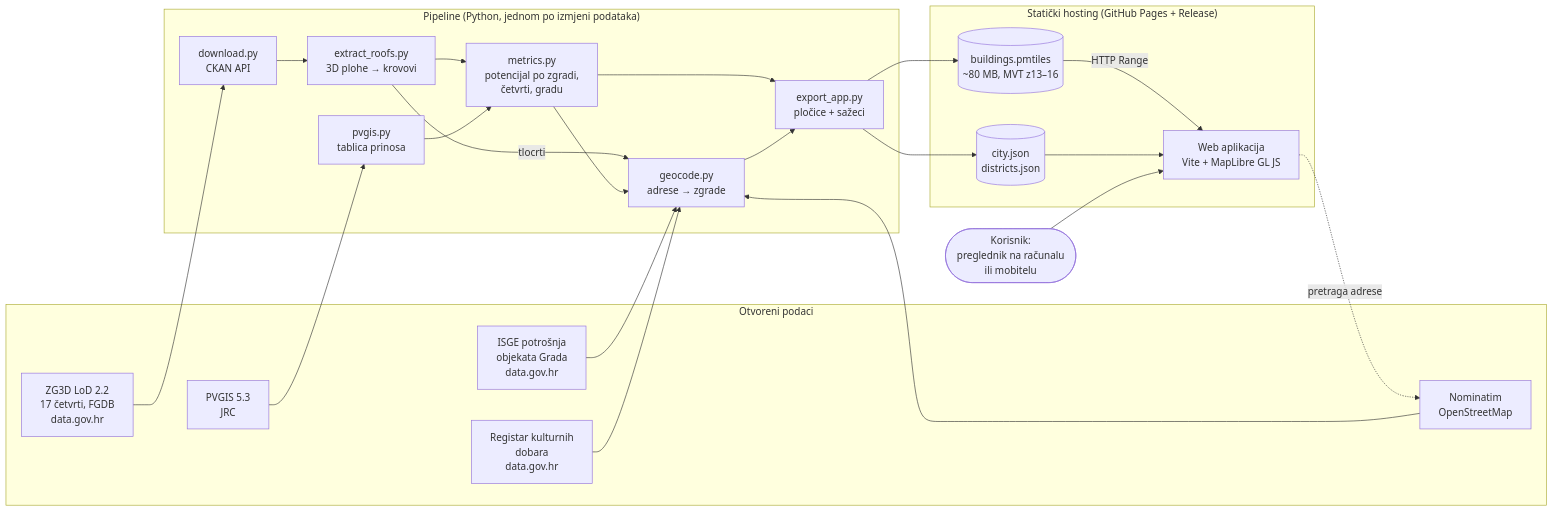
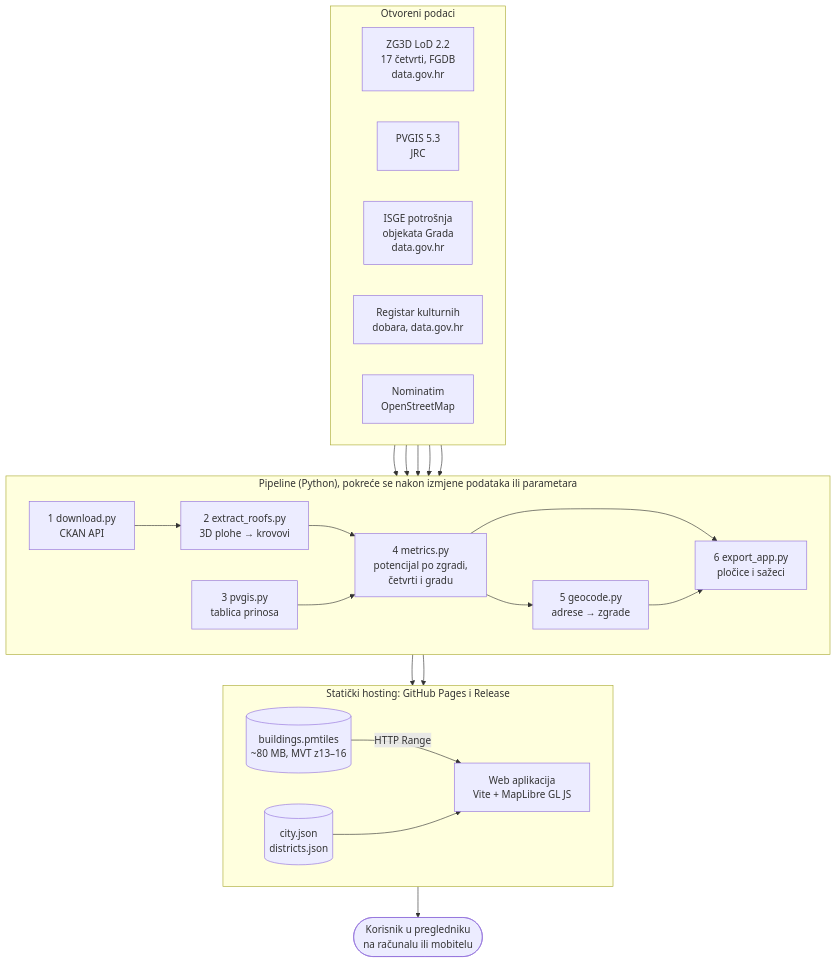
One commit to korejur/DataOasis changed the first of 2 diagrams in docs/ARHITEKTURA.md. Above: the diagram before and after it, drawn with Mermaid. The commit also changed other lines of this file, not shown here.

Commit message:
Dijagram arhitekture odozgo prema dolje, bez križanja
Claude-Session: https://claude.ai/code/session_01FNBCe4sbgxB48D73HCMPfh

````diff
--- a/docs/ARHITEKTURA.md
+++ b/docs/ARHITEKTURA.md
@@ -13,41 +13,39 @@
 ```mermaid
-flowchart LR
+flowchart TB
   subgraph izvori["Otvoreni podaci"]
+    direction LR
     ZG3D["ZG3D LoD 2.2<br/>17 četvrti, FGDB<br/>data.gov.hr"]
     PVGIS["PVGIS 5.3<br/>JRC"]
     ISGE["ISGE potrošnja<br/>objekata Grada<br/>data.gov.hr"]
-    KD["Registar kulturnih<br/>dobara<br/>data.gov.hr"]
+    KD["Registar kulturnih<br/>dobara, data.gov.hr"]
     OSM["Nominatim<br/>OpenStreetMap"]
   end
 
-  subgraph pipeline["Pipeline (Python, jednom po izmjeni podataka)"]
-    D["download.py<br/>CKAN API"]
-    E["extract_roofs.py<br/>3D plohe → krovovi"]
-    P["pvgis.py<br/>tablica prinosa"]
-    M["metrics.py<br/>potencijal po zgradi,<br/>četvrti, gradu"]
-    G["geocode.py<br/>adrese → zgrade"]
-    X["export_app.py<br/>pločice + sažeci"]
+  subgraph pipeline["Pipeline (Python), pokreće se nakon izmjene podataka ili parametara"]
+    direction LR
+    D["1 download.py<br/>CKAN API"] --> E["2 extract_roofs.py<br/>3D plohe → krovovi"]
+    E --> M["4 metrics.py<br/>potencijal po zgradi,<br/>četvrti i gradu"]
+    P["3 pvgis.py<br/>tablica prinosa"] --> M
+    M --> G["5 geocode.py<br/>adrese → zgrade"]
+    M --> X["6 export_app.py<br/>pločice i sažeci"]
+    G --> X
   end
 
-  subgraph objava["Statički hosting (GitHub Pages + Release)"]
+  subgraph objava["Statički hosting: GitHub Pages i Release"]
+    direction LR
     T[("buildings.pmtiles<br/>~80 MB, MVT z13–16")]
     J[("city.json<br/>districts.json")]
     A["Web aplikacija<br/>Vite + MapLibre GL JS"]
+    T -- HTTP Range --> A
+    J --> A
   end
 
-  ZG3D --> D --> E --> M
-  PVGIS --> P --> M
+  ZG3D --> D
+  PVGIS --> P
   ISGE --> G
   KD --> G
   OSM --> G
-  E -- tlocrti --> G
-  M --> G
-  M --> X
-  G --> X
   X --> T
   X --> J
-  T -- HTTP Range --> A
-  J --> A
-  U(["Korisnik:<br/>preglednik na računalu<br/>ili mobitelu"]) --> A
-  A -. pretraga adrese .-> OSM
+  A --> U(["Korisnik u pregledniku<br/>na računalu ili mobitelu"])
 ```
````
